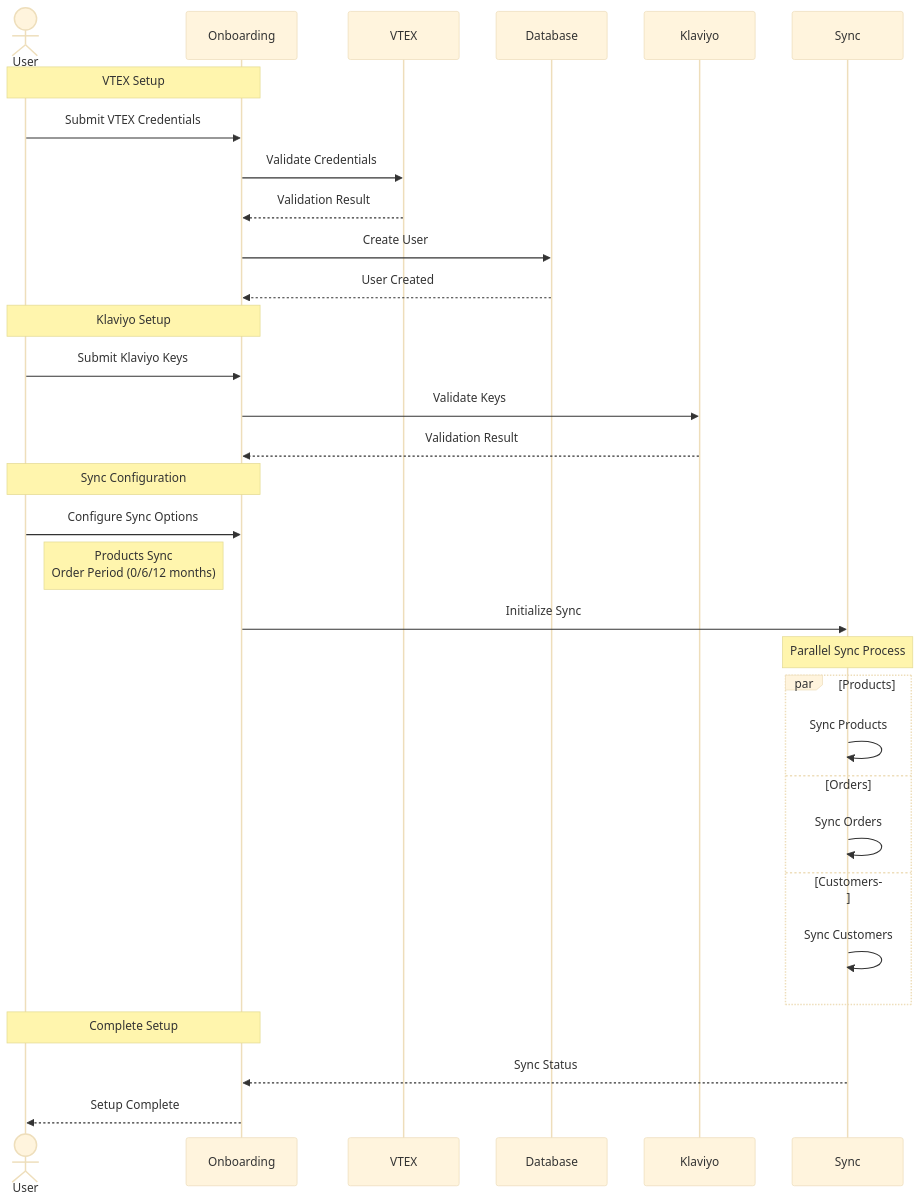
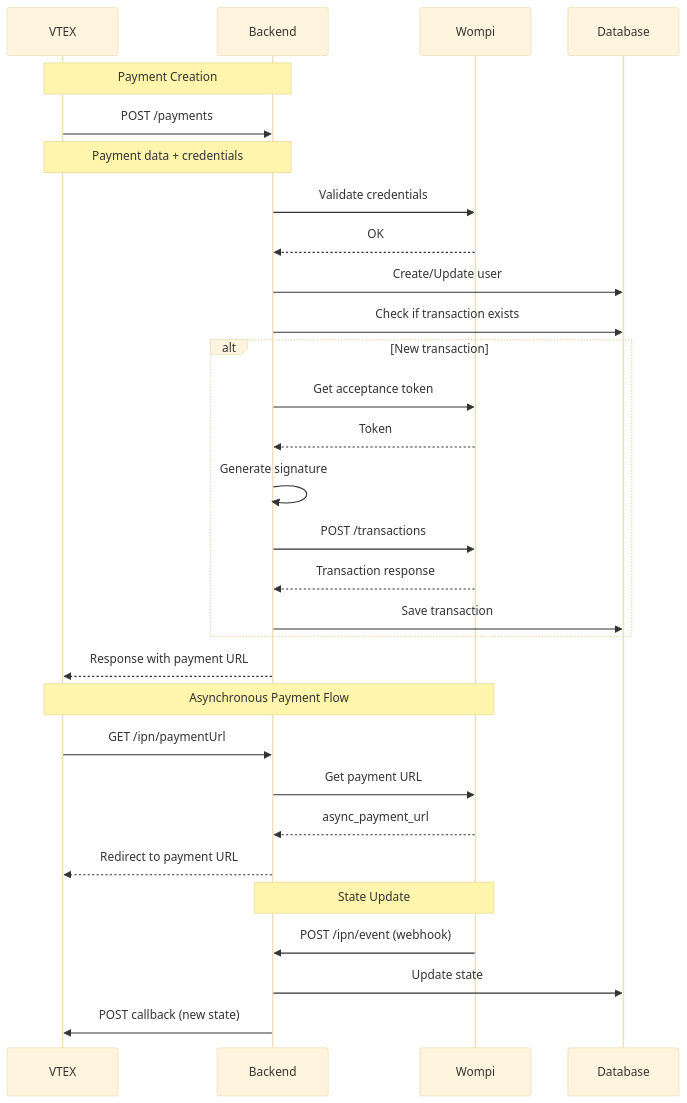
The first of 4 diagrams in README.md (joa2pac/text-assistant-gpt), drawn with Mermaid (base theme) before and after one commit. The commit also changed other lines of this file, not shown here.

````diff
--- a/README.md
+++ b/README.md
@@ -247,39 +202,39 @@
 ```mermaid
 sequenceDiagram
-    actor User
-    participant Onboarding
     participant VTEX
+    participant Backend
+    participant Wompi
     participant Database
-    participant Klaviyo
-    participant Sync
 
-    note over User,Onboarding: VTEX Setup
-    User->>Onboarding: Submit VTEX Credentials
-    Onboarding->>VTEX: Validate Credentials
-    VTEX-->>Onboarding: Validation Result
-    Onboarding->>Database: Create User
-    Database-->>Onboarding: User Created
+    note over VTEX,Backend: Payment Creation
+    VTEX->>Backend: POST /payments
+    note over VTEX,Backend: Payment data + credentials
 
-    note over User,Onboarding: Klaviyo Setup
-   User->>Onboarding: Submit Klaviyo Keys
-    Onboarding->>Klaviyo: Validate Keys
-    Klaviyo-->>Onboarding: Validation Result
+    Backend->>Wompi: Validate credentials
+    Wompi-->>Backend: OK
 
-    note over User,Onboarding: Sync Configuration
-    User->>Onboarding: Configure Sync Options
-    Note right of User: Products Sync<br/>Order Period (0/6/12 months)
-    Onboarding->>Sync: Initialize Sync
+    Backend->>Database: Create/Update user
+    Backend->>Database: Check if transaction exists
 
-    note over Sync: Parallel Sync Process
-    par Products
-        Sync->>Sync: Sync Products
-    and Orders
-        Sync->>Sync: Sync Orders
-    and Customers
-        Sync->>Sync: Sync Customers
+    alt New transaction
+        Backend->>Wompi: Get acceptance token
+        Wompi-->>Backend: Token
+        Backend->>Backend: Generate signature
+        Backend->>Wompi: POST /transactions
+        Wompi-->>Backend: Transaction response
+        Backend->>Database: Save transaction
     end
 
-    note over User,Onboarding: Complete Setup
-    Sync-->>Onboarding: Sync Status
-    Onboarding-->>User: Setup Complete
+    Backend-->>VTEX: Response with payment URL
+
+    note over VTEX,Wompi: Asynchronous Payment Flow
+    VTEX->>Backend: GET /ipn/paymentUrl
+    Backend->>Wompi: Get payment URL
+    Wompi-->>Backend: async_payment_url
+    Backend-->>VTEX: Redirect to payment URL
+
+    note over Wompi,Backend: State Update
+    Wompi->>Backend: POST /ipn/event (webhook)
+    Backend->>Database: Update state
+    Backend->>VTEX: POST callback (new state)
 ```
````
